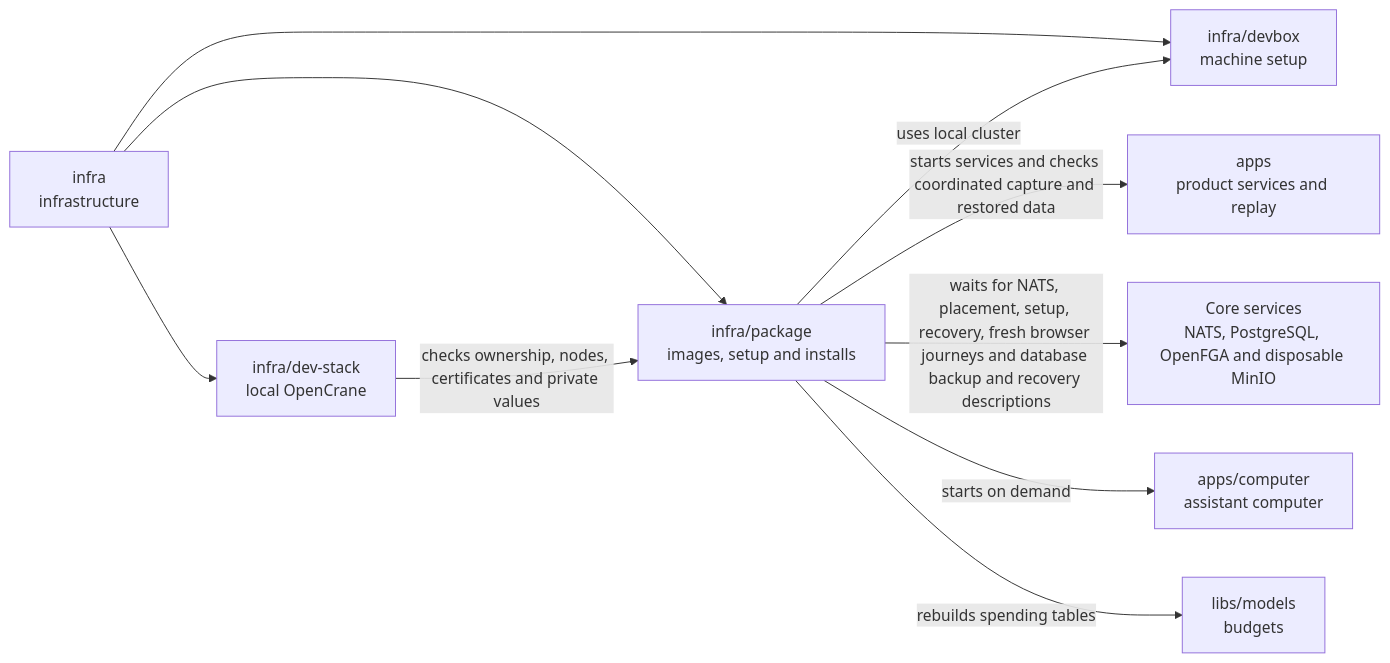
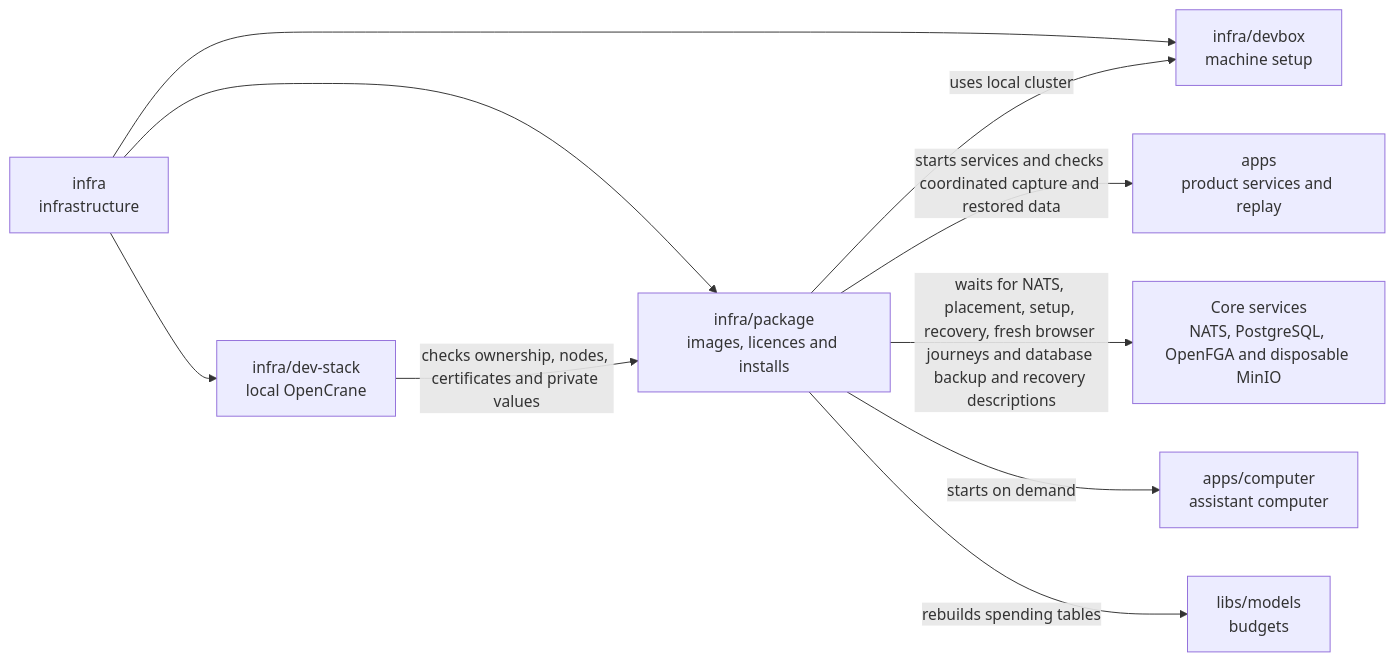
Before and after one commit to elewa-git/opencrane-new: the diagram in infra/package/README.md, drawn with Mermaid. The commit also changed other lines of this file and 7 other files, not shown here.

````diff
--- a/infra/package/README.md
+++ b/infra/package/README.md
@@ -19,12 +19,12 @@
 ```mermaid
 flowchart LR
-  infra["infra<br/>infrastructure"] --> package["infra/package<br/>images, setup and installs"]
+  infra["infra<br/>infrastructure"] --> package["infra/package<br/>images, licences and installs"]
   infra --> stack["infra/dev-stack<br/>local OpenCrane"]
   infra --> devbox["infra/devbox<br/>machine setup"]
   stack -->|checks ownership, nodes, certificates and private values| package
   package -->|uses local cluster| devbox
   package -->|starts services and checks coordinated capture and restored data| apps["apps<br/>product services and replay"]
   package -->|waits for NATS, placement, setup, recovery, fresh browser journeys and database backup and recovery descriptions| services["Core services<br/>NATS, PostgreSQL, OpenFGA and disposable MinIO"]
   package -->|starts on demand| computer["apps/computer<br/>assistant computer"]
   package -->|rebuilds spending tables| models["libs/models<br/>budgets"]
 ```
````
